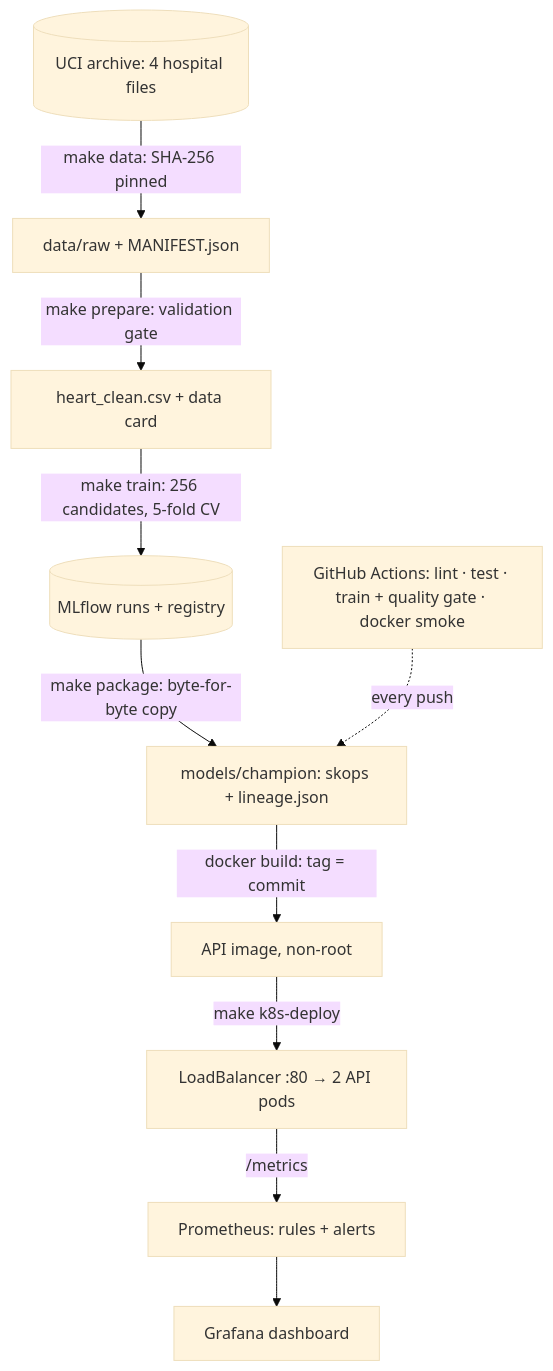
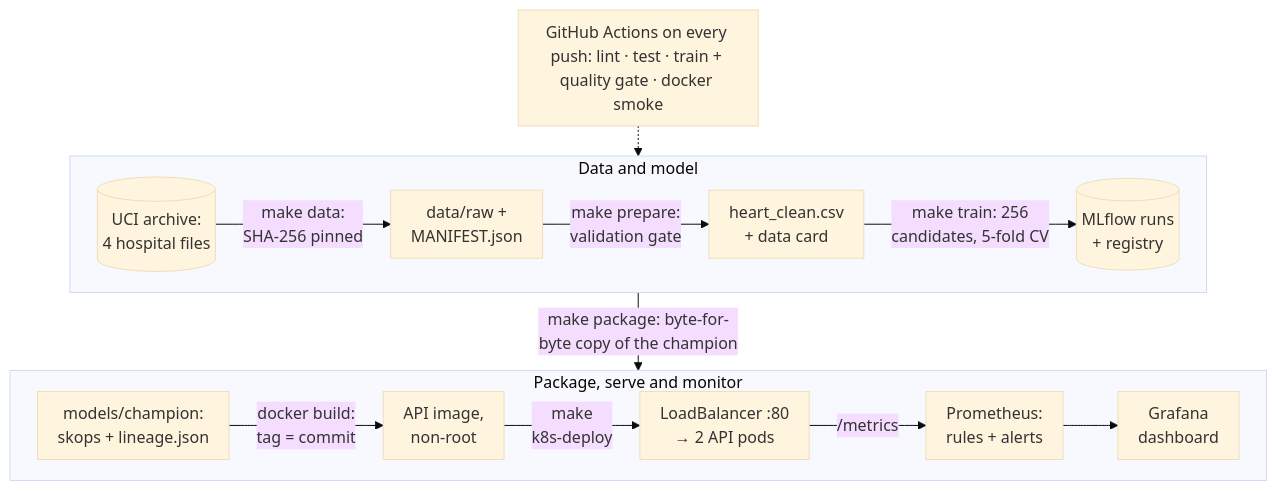
Before and after one commit to 2025AE05357-sys/heart-disease-mlops: the diagram in docs/report/report.md, drawn with Mermaid (base theme). The commit also changed 3 other files, not shown here.

Commit message:
docs(report): horizontal architecture diagram, report now 11 pages

````diff
--- a/docs/report/report.md
+++ b/docs/report/report.md
@@ -35,12 +35,26 @@
 ```mermaid
+---
+config:
+  flowchart:
+    nodeSpacing: 22
+    rankSpacing: 30
+    padding: 10
+---
 flowchart TB
-    UCI[("UCI archive: 4 hospital files")] -->|"make data: SHA-256 pinned"| RAW["data/raw + MANIFEST.json"]
-    RAW -->|"make prepare: validation gate"| CLEAN["heart_clean.csv + data card"]
-    CLEAN -->|"make train: 256 candidates, 5-fold CV"| MLF[("MLflow runs + registry")]
-    MLF -->|"make package: byte-for-byte copy"| PKG["models/champion: skops + lineage.json"]
-    PKG -->|"docker build: tag = commit"| IMG["API image, non-root"]
-    IMG -->|"make k8s-deploy"| LB["LoadBalancer :80 → 2 API pods"]
-    LB -->|"/metrics"| PROM["Prometheus: rules + alerts"]
-    PROM --> GRAF["Grafana dashboard"]
-    CI["GitHub Actions: lint · test · train + quality gate · docker smoke"] -.->|"every push"| PKG
+    CI["GitHub Actions on every push: lint · test · train + quality gate · docker smoke"]
+    subgraph DATA["Data and model"]
+        direction LR
+        UCI[("UCI archive:<br/>4 hospital files")] -->|"make data:<br/>SHA-256 pinned"| RAW["data/raw +<br/>MANIFEST.json"]
+        RAW -->|"make prepare:<br/>validation gate"| CLEAN["heart_clean.csv<br/>+ data card"]
+        CLEAN -->|"make train: 256<br/>candidates, 5-fold CV"| MLF[("MLflow runs<br/>+ registry")]
+    end
+    subgraph SERVE["Package, serve and monitor"]
+        direction LR
+        PKG["models/champion:<br/>skops + lineage.json"] -->|"docker build:<br/>tag = commit"| IMG["API image,<br/>non-root"]
+        IMG -->|"make<br/>k8s-deploy"| LB["LoadBalancer :80<br/>→ 2 API pods"]
+        LB -->|"/metrics"| PROM["Prometheus:<br/>rules + alerts"]
+        PROM --> GRAF["Grafana<br/>dashboard"]
+    end
+    CI -.-> DATA
+    DATA -->|"make package: byte-for-byte copy of the champion"| SERVE
 ```
````
